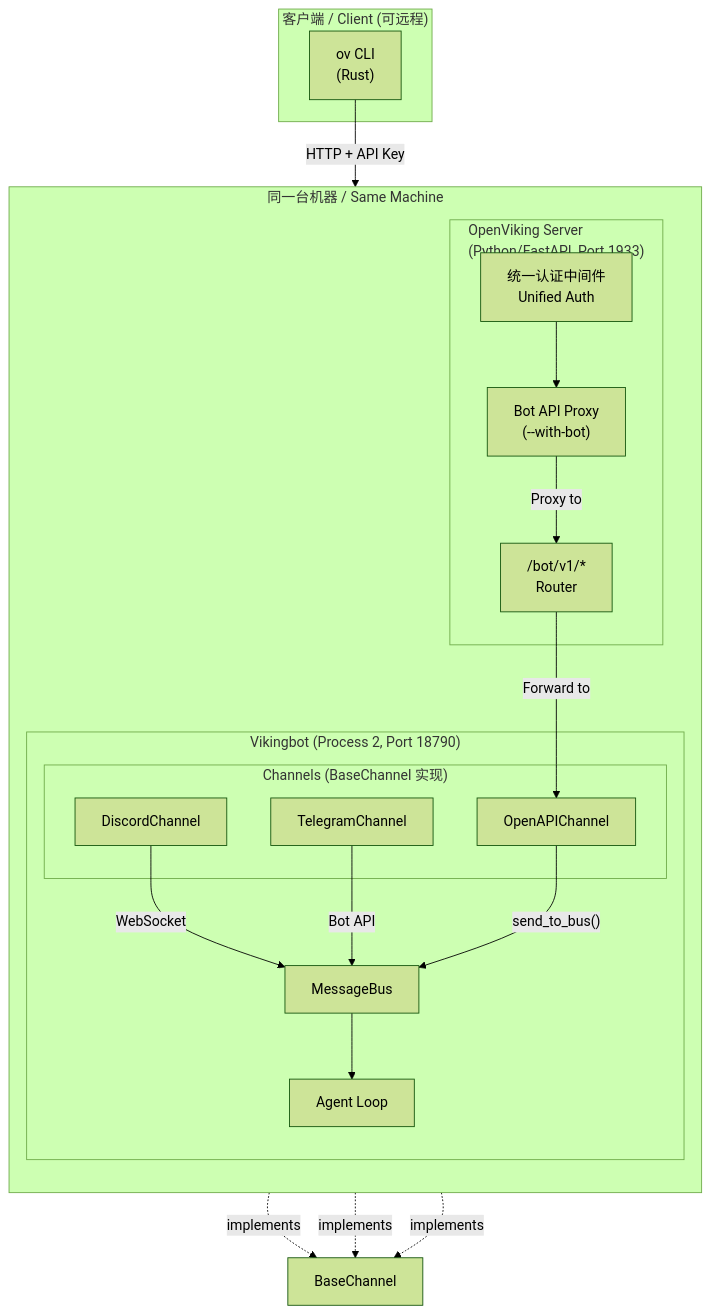
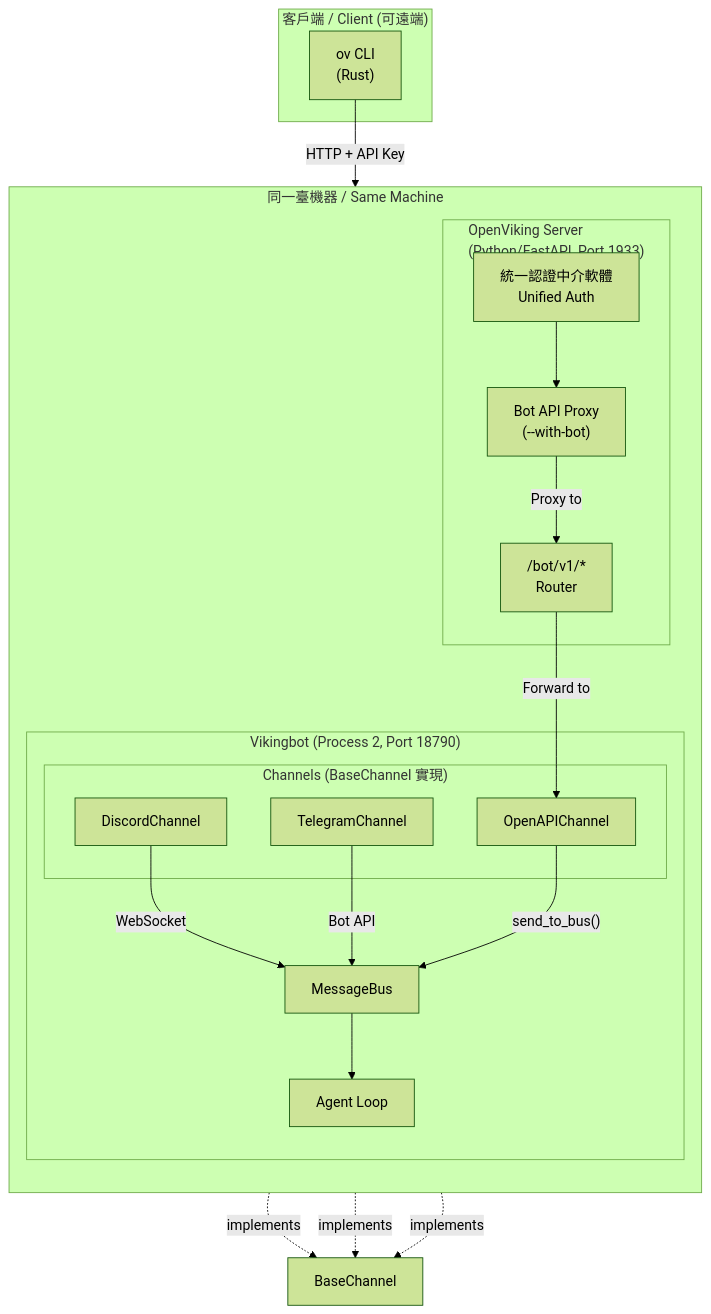
One commit to yenchang265-afk/OpenViking changed the first of 2 diagrams in bot/docs/zh/design/rfc-openviking-cli-ov-chat.md. Above: the diagram before and after it, drawn with Mermaid (forest theme). The commit also changed other lines of this file and 517 other files, not shown here.

````diff
--- a/bot/docs/zh/design/rfc-openviking-cli-ov-chat.md
+++ b/bot/docs/zh/design/rfc-openviking-cli-ov-chat.md
@@ -23,40 +23,40 @@
 ```mermaid
 flowchart TB
-    subgraph Client["客户端 / Client (可远程)"]
+    subgraph Client["客戶端 / Client (可遠端)"]
         CLI["ov CLI<br/>(Rust)"]
     end
 
-    subgraph SameMachine["同一台机器 / Same Machine"]
+    subgraph SameMachine["同一臺機器 / Same Machine"]
         direction TB
 
         subgraph Server["OpenViking Server<br/>(Python/FastAPI, Port 1933)"]
-            Auth["统一认证中间件<br/>Unified Auth"]
+            Auth["統一認證中介軟體<br/>Unified Auth"]
             BotAPIProxy["Bot API Proxy<br/>(--with-bot)"]
             BotRouter["/bot/v1/*<br/>Router"]
         end
 
         subgraph Vikingbot["Vikingbot (Process 2, Port 18790)"]
-            subgraph Channels["Channels (BaseChannel 实现)"]
+            subgraph Channels["Channels (BaseChannel 實現)"]
                 OC["OpenAPIChannel"]
                 DC["DiscordChannel"]
                 TC["TelegramChannel"]
             end
             MB["MessageBus"]
             AL["Agent Loop"]
         end
     end
 
     CLI -->|"HTTP + API Key"| Auth
     Auth --> BotAPIProxy
     BotAPIProxy -->|"Proxy to"| BotRouter
     BotRouter -->|"Forward to"| OC
 
     DC -->|"WebSocket"| MB
     TC -->|"Bot API"| MB
     OC -->|"send_to_bus()"| MB
     MB --> AL
 
     OC -.->|"implements"| BaseChannel["BaseChannel"]
     DC -.->|"implements"| BaseChannel
     TC -.->|"implements"| BaseChannel
 ```
````
